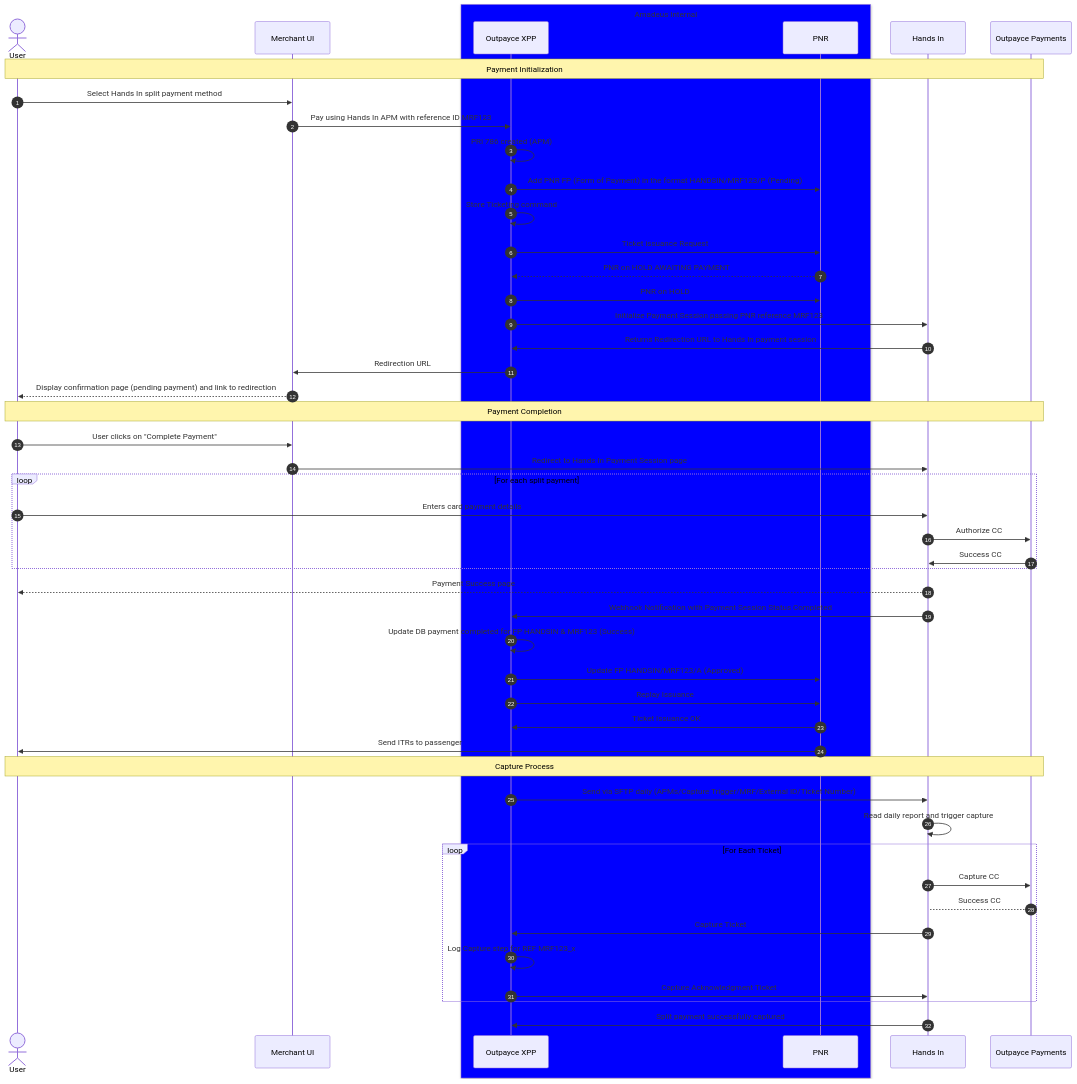
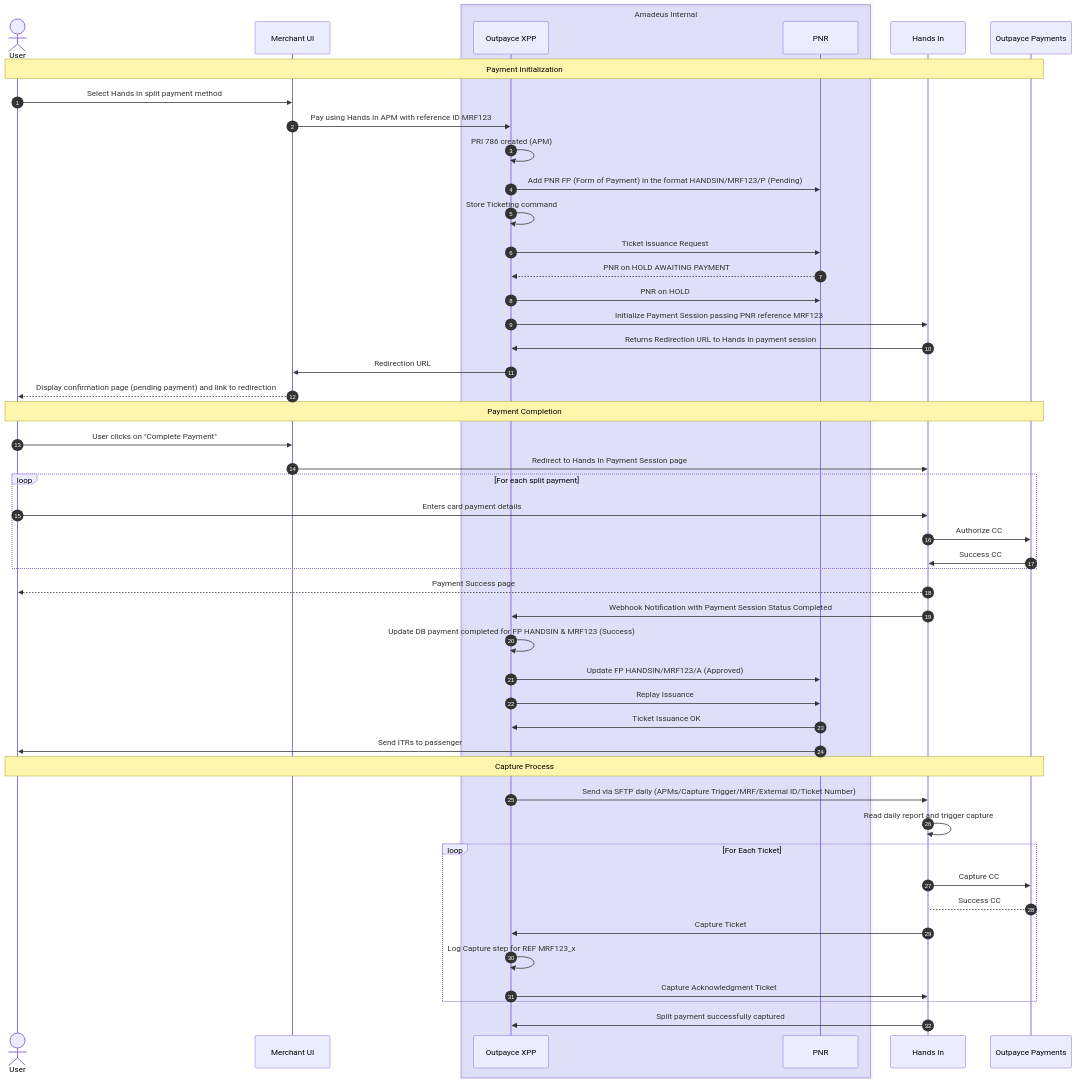
The diagram in XPP-Outpayce-payment-flow.md (hands-in/public-docs), drawn with Mermaid before and after one commit.

Commit message:
Update color opacity for Amadeus Internal box

````diff
--- a/XPP-Outpayce-payment-flow.md
+++ b/XPP-Outpayce-payment-flow.md
@@ -9,60 +9,60 @@
 ```mermaid
 sequenceDiagram
     autonumber
     actor User
     participant Merchant UI
-    box blue Amadeus Internal
+    box rgba(0, 0, 255, .1) Amadeus Internal
         participant Outpayce XPP
         participant PNR
     end
     participant Hands In
     participant Outpayce Payments
     
     
     note over User,Outpayce Payments: Payment Initialization
     User->>Merchant UI: Select Hands In split payment method
     Merchant UI->>Outpayce XPP: Pay using Hands In APM with reference ID MRF123
     Outpayce XPP->>Outpayce XPP: PRI 786 created (APM)
     Outpayce XPP->>PNR: Add PNR FP (Form of Payment) in the format HANDSIN/MRF123/P (Pending)
     Outpayce XPP->>Outpayce XPP: Store Ticketing command
     Outpayce XPP->>PNR: Ticket issuance Request
     PNR-->>Outpayce XPP: PNR on HOLD AWAITING PAYMENT
     Outpayce XPP->>PNR: PNR on HOLD
     Outpayce XPP->>Hands In: Initialize Payment Session passing PNR reference MRF123
     Hands In->>Outpayce XPP: Returns Redirection URL to Hands In payment session
     Outpayce XPP->>Merchant UI: Redirection URL
     Merchant UI-->>User: Display confirmation page (pending payment) and link to redirection
 
     note over User,Outpayce Payments: Payment Completion
     User->>Merchant UI: User clicks on "Complete Payment"
     
     Merchant UI->>Hands In: Redirect to Hands In Payment Session page
     
     loop For each split payment
         User->>Hands In: Enters card payment details
         Hands In->>Outpayce Payments: Authorize CC#x REF MRF123_x
         Outpayce Payments->>Hands In: Success CC#x REF MRF123_x
     end 
     Hands In-->>User: Payment Success page
 
     Hands In->>Outpayce XPP: Webhook Notification with Payment Session Status Completed
     Outpayce XPP->>Outpayce XPP: Update DB payment completed for FP HANDSIN & MRF123 (Success)
     Outpayce XPP->>PNR: Update FP HANDSIN/MRF123/A (Approved)
     Outpayce XPP->>PNR: Replay Issuance
     PNR->>Outpayce XPP: Ticket Issuance OK
     PNR->>User:  Send ITRs to passenger
     
     Note over User,Outpayce Payments: Capture Process
 
     Outpayce XPP->>Hands In: Send via SFTP daily (APMs/Capture Trigger/MRF/External ID/Ticket Number)
     Hands In->>Hands In: Read daily report and trigger capture
     loop For Each Ticket
         Hands In->>Outpayce Payments: Capture CC#x REF MRF123_x
         Outpayce Payments-->Hands In: Success CC#x REF MRF123_x
         Hands In->>Outpayce XPP: Capture Ticket #x CC#x REF MRF123_x
         Outpayce XPP->>Outpayce XPP: Log Capture step for REF MRF123_x
         Outpayce XPP->>Hands In: Capture Acknowledgment Ticket #x
     end
     Hands In->>Outpayce XPP: Split payment successfully captured
 
 ```
````
